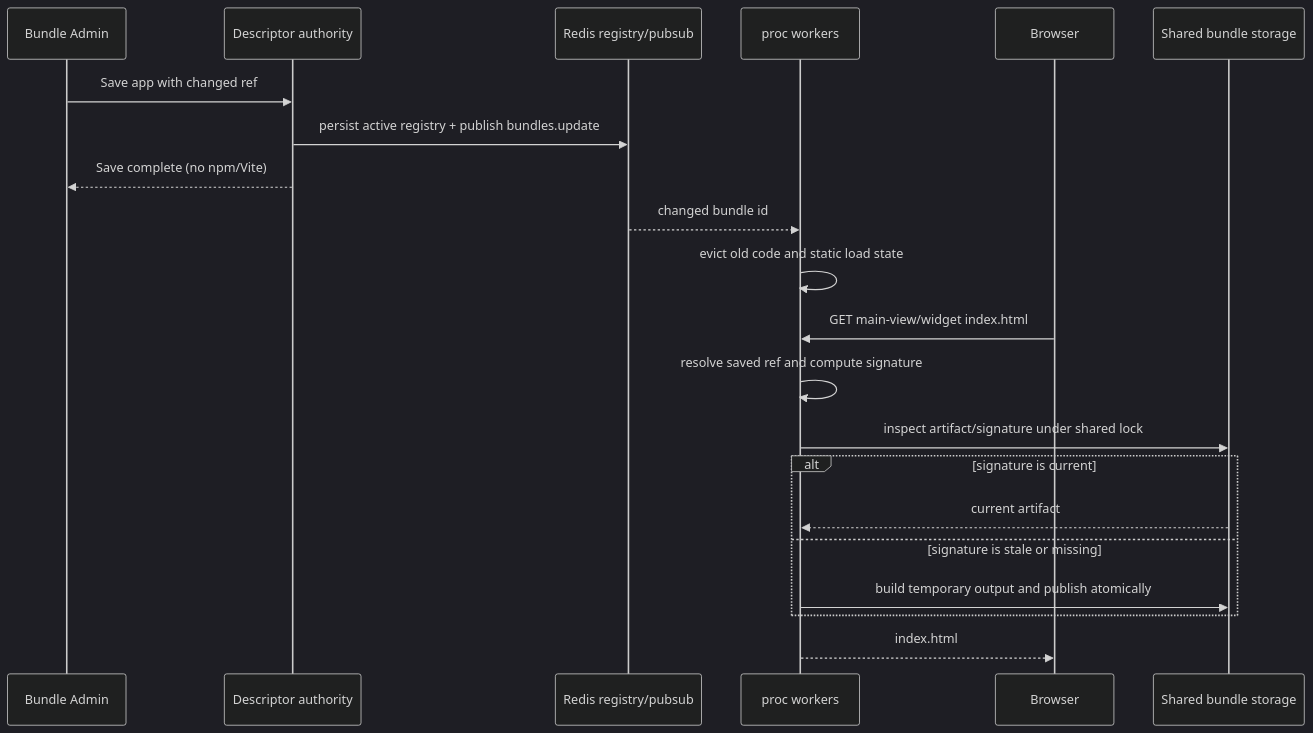
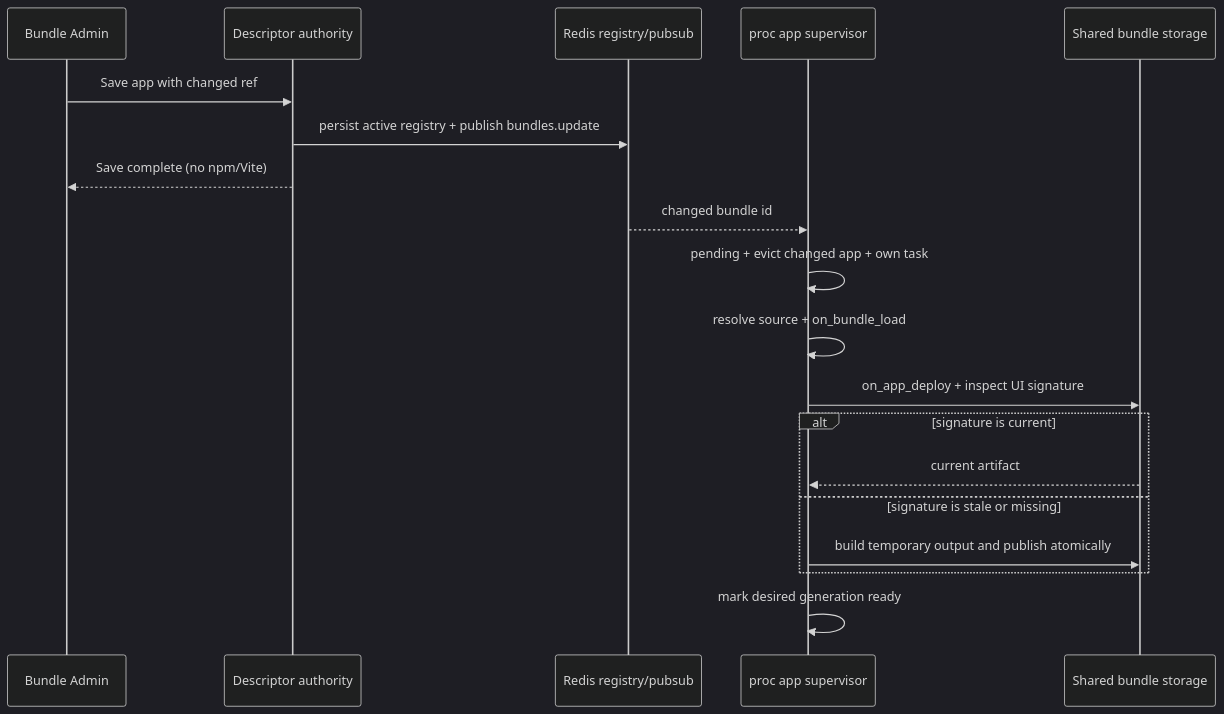
One commit to elenaviter/kdcube-ai-app changed the sixth of 7 diagrams in app/ai-app/docs/sdk/bundle/ui-components-lifecycle-README.md. Above: the diagram before and after it, drawn with Mermaid (dark theme). The commit also changed other lines of this file and 51 other files, not shown here.

````diff
--- a/app/ai-app/docs/sdk/bundle/ui-components-lifecycle-README.md
+++ b/app/ai-app/docs/sdk/bundle/ui-components-lifecycle-README.md
@@ -670,24 +576,22 @@
 ```mermaid
 sequenceDiagram
   participant A as Bundle Admin
   participant D as Descriptor authority
   participant R as Redis registry/pubsub
-  participant W as proc workers
-  participant B as Browser
+  participant W as proc app supervisor
   participant S as Shared bundle storage
 
   A->>D: Save app with changed ref
   D->>R: persist active registry + publish bundles.update
   D-->>A: Save complete (no npm/Vite)
   R-->>W: changed bundle id
-  W->>W: evict old code and static load state
-  B->>W: GET main-view/widget index.html
-  W->>W: resolve saved ref and compute signature
-  W->>S: inspect artifact/signature under shared lock
+  W->>W: pending + evict changed app + own task
+  W->>W: resolve source + on_bundle_load
+  W->>S: on_app_deploy + inspect UI signature
   alt signature is current
     S-->>W: current artifact
   else signature is stale or missing
     W->>S: build temporary output and publish atomically
   end
-  W-->>B: index.html
+  W->>W: mark desired generation ready
 ```
````
